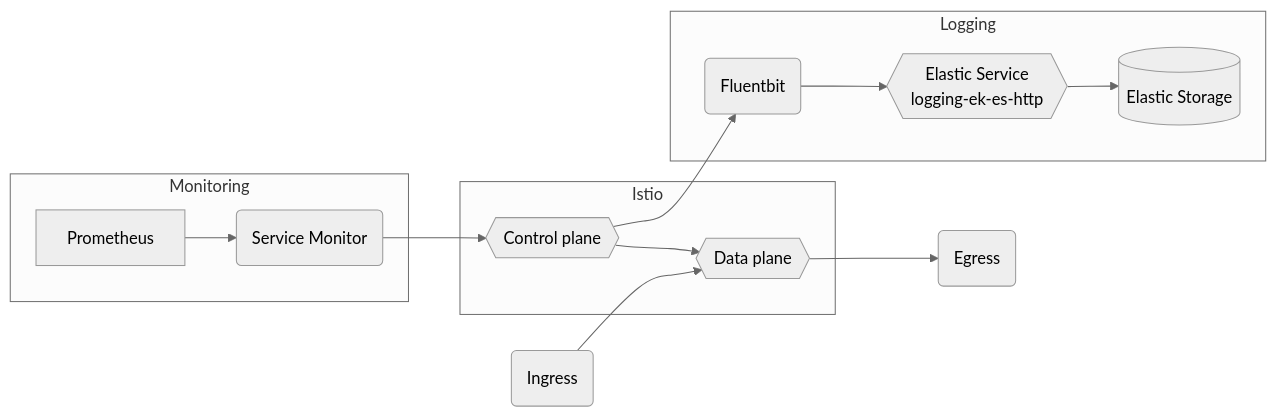
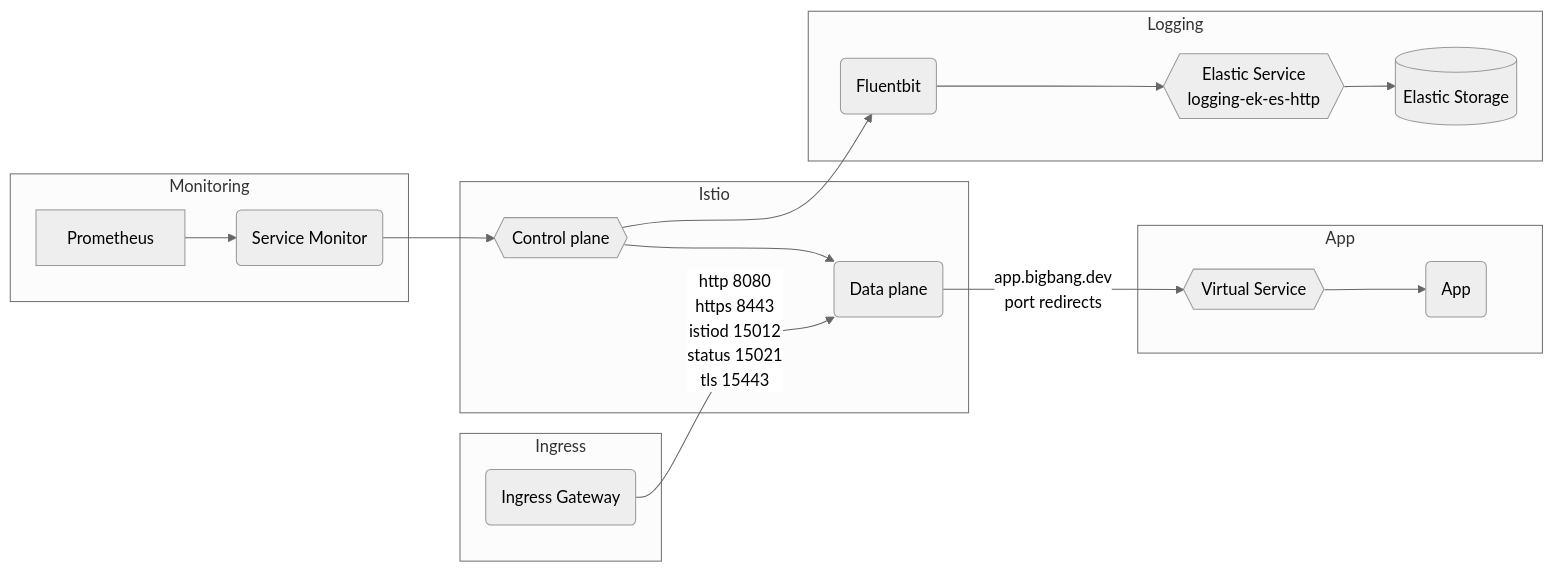
The diagram in charter/packages/istio/Architecture.md (rjferguson21/big-bang), drawn with Mermaid (neutral theme) before and after one commit.

Commit message:
update mermaid

````diff
--- a/charter/packages/istio/Architecture.md
+++ b/charter/packages/istio/Architecture.md
@@ -8,20 +8,26 @@
 ```mermaid
 graph LR
   subgraph "Istio"
-    istioservice1{{"Control plane"}} --> istioservice2
-    istioservice2{{"Data plane"}} 
+    dataplane("Data plane") 
+    controlplane{{"Control plane"}} --> dataplane
   end      
-  
-  igpod("Ingress") --> istioservice2
-  istioservice2 --> egpod("Egress")
 
-  subgraph "Logging"
-    istioservice1 --> fluent(Fluentbit) --> logging-ek-es-http
-    logging-ek-es-http{{Elastic Service<br />logging-ek-es-http}} --> elastic[(Elastic Storage)]
+  subgraph "Ingress"
+    igw("Ingress Gateway") 
+    igw --"http 8080<br/>https 8443<br/>istiod 15012<br/>status 15021<br/>tls 15443"--> dataplane
   end
 
   subgraph "Monitoring"
-    svcmonitor("Service Monitor") --> istioservice1
+    svcmonitor("Service Monitor") --> controlplane
     Prometheus --> svcmonitor("Service Monitor")
   end
+  
+  subgraph "App"
+    dataplane --"app.bigbang.dev"<br/>port redirects--> appvs{{"Virtual Service"}} --> apppod("App")
+  end
+
+  subgraph "Logging"
+    controlplane --> fluent(Fluentbit) --> logging-ek-es-http
+    logging-ek-es-http{{Elastic Service<br />logging-ek-es-http}} --> elastic[(Elastic Storage)]
+  end
 ```
````
